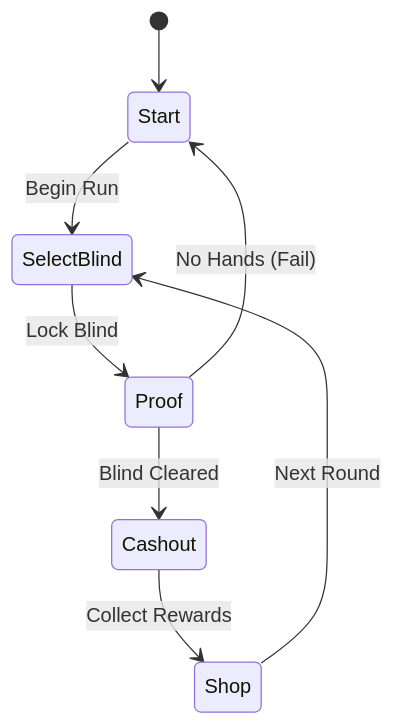
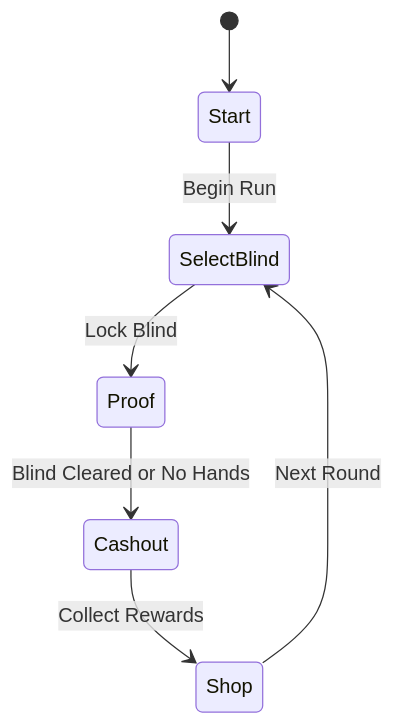
One commit to lilzcyyds-alt/boolatro changed the diagram in design_doc/2.1 Phase Flow.md. Above: the diagram before and after it, drawn with Mermaid. The commit also changed other lines of this file and 9 other files, not shown here.

````diff
--- a/design_doc/2.1 Phase Flow.md
+++ b/design_doc/2.1 Phase Flow.md
@@ -5,10 +5,9 @@
 ```mermaid
 stateDiagram-v2
     [*] --> Start
     Start --> SelectBlind: Begin Run
     SelectBlind --> Proof: Lock Blind
-    Proof --> Cashout: Blind Cleared
-    Proof --> Start: No Hands (Fail)
+    Proof --> Cashout: Blind Cleared or No Hands
     Cashout --> Shop: Collect Rewards
     Shop --> SelectBlind: Next Round
 ```
````
